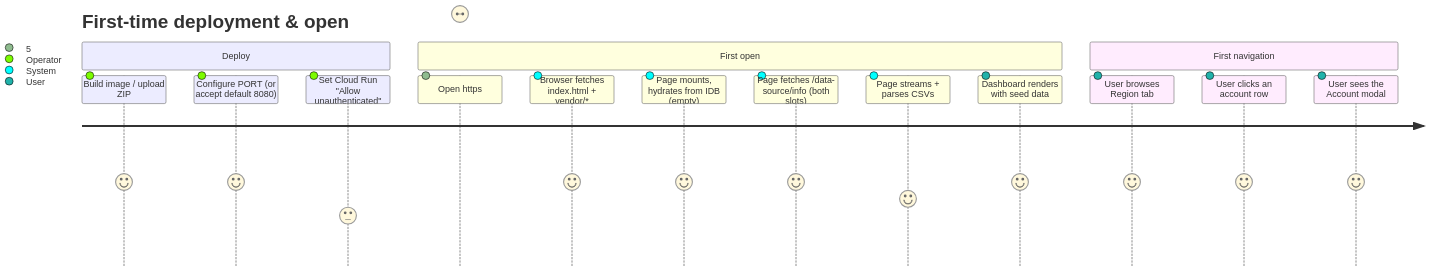
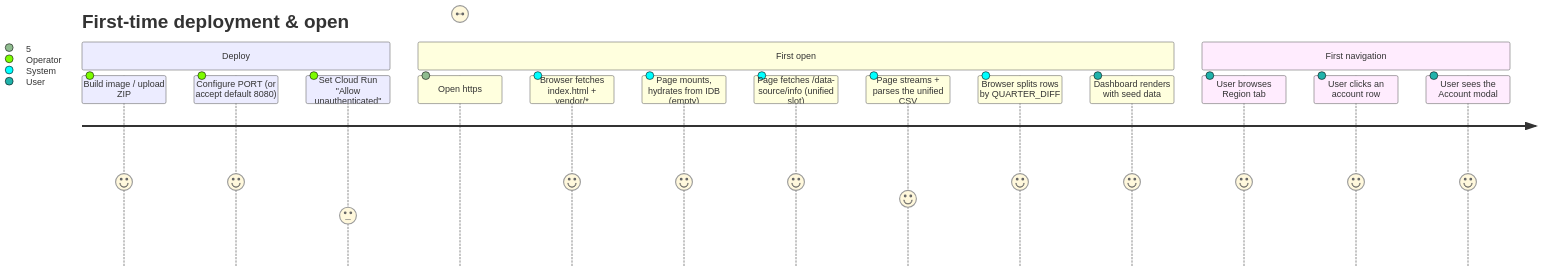
Before and after one commit to bryanrossello-collab/github_cx: the eighth of 9 diagrams in CAPABILITIES.md, drawn with Mermaid. The commit also changed other lines of this file and 10 other files, not shown here.

````diff
--- a/CAPABILITIES.md
+++ b/CAPABILITIES.md
@@ -742,19 +902,20 @@
 ```mermaid
 journey
     title First-time deployment & open
     section Deploy
       Build image / upload ZIP: 5: Operator
       Configure PORT (or accept default 8080): 5: Operator
       Set Cloud Run "Allow unauthenticated": 3: Operator
     section First open
       Open https://renewals.example.com: 5: User
       Browser fetches index.html + vendor/*: 5: System
       Page mounts, hydrates from IDB (empty): 5: System
-      Page fetches /data-source/info (both slots): 5: System
-      Page streams + parses CSVs: 4: System
+      Page fetches /data-source/info (unified slot): 5: System
+      Page streams + parses the unified CSV: 4: System
+      Browser splits rows by QUARTER_DIFF: 5: System
       Dashboard renders with seed data: 5: User
     section First navigation
       User browses Region tab: 5: User
       User clicks an account row: 5: User
       User sees the Account modal: 5: User
 ```
````
